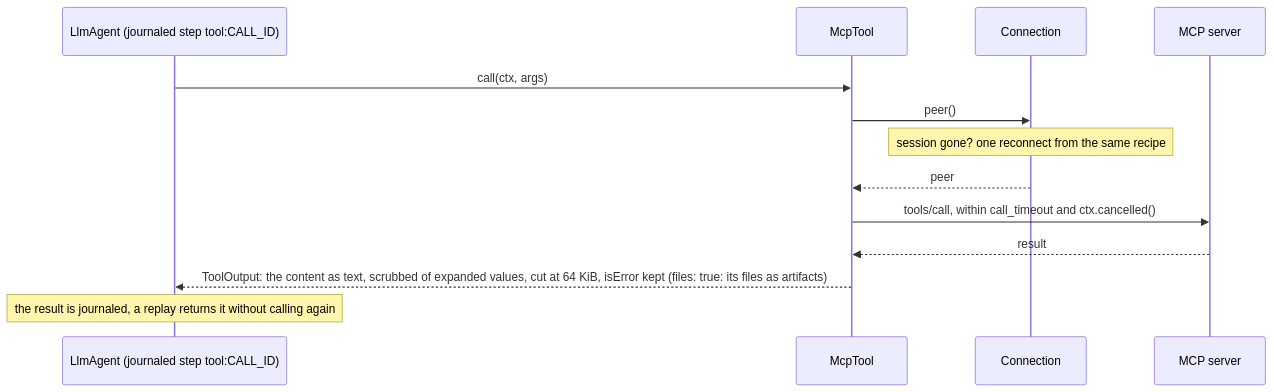
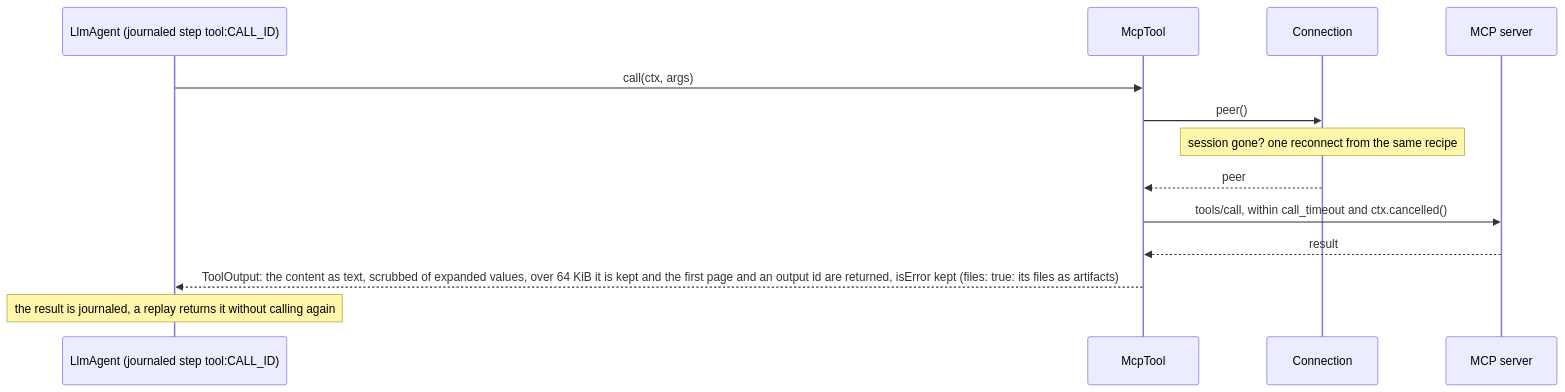
One commit to vymalo/another-adam-rs changed the eighth of 9 diagrams in crates/adam-mcp/README.md. Above: the diagram before and after it, drawn with Mermaid. The commit also changed other lines of this file and 9 other files, not shown here.

````diff
--- a/crates/adam-mcp/README.md
+++ b/crates/adam-mcp/README.md
@@ -359,15 +359,15 @@
 ```mermaid
 sequenceDiagram
     participant L as LlmAgent (journaled step tool:CALL_ID)
     participant T as McpTool
     participant C as Connection
     participant S as MCP server
     L->>T: call(ctx, args)
     T->>C: peer()
     Note over C: session gone? one reconnect from the same recipe
     C-->>T: peer
     T->>S: tools/call, within call_timeout and ctx.cancelled()
     S-->>T: result
-    T-->>L: ToolOutput: the content as text, scrubbed of expanded values, cut at 64 KiB, isError kept (files: true: its files as artifacts)
+    T-->>L: ToolOutput: the content as text, scrubbed of expanded values, over 64 KiB it is kept and the first page and an output id are returned, isError kept (files: true: its files as artifacts)
     Note over L: the result is journaled, a replay returns it without calling again
 ```
````
